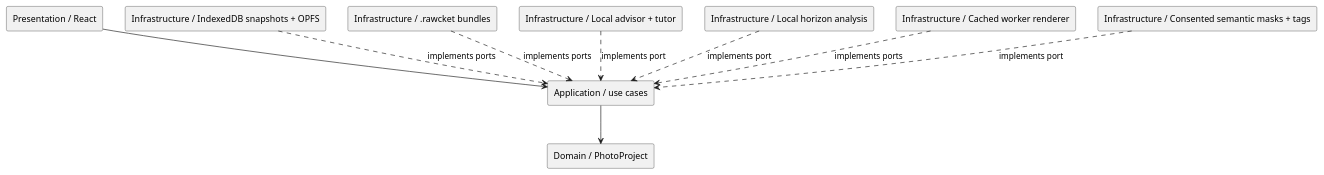
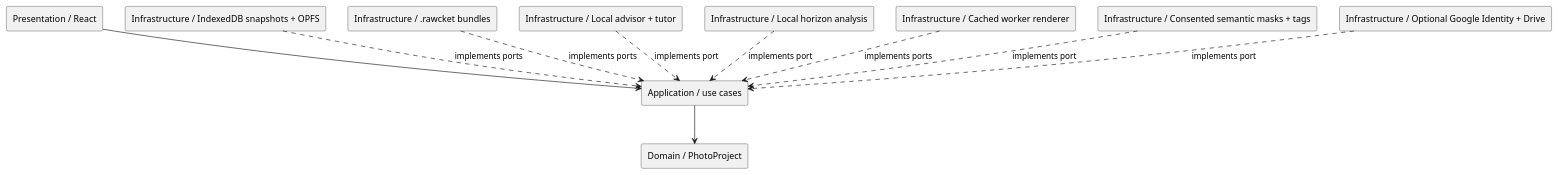
Before and after one commit to haskou/RAWcket: the diagram in docs/architecture.puml, drawn with PlantUML. The commit also changed 20 other files, not shown here.

Commit message:
feat(cloud): ✨ Add optional Google Drive backups

```diff
--- a/docs/architecture.puml
+++ b/docs/architecture.puml
@@ -1,21 +1,23 @@
 @startuml
 skinparam componentStyle rectangle
 component "Presentation / React" as Presentation
 component "Application / use cases" as Application
 component "Domain / PhotoProject" as Domain
 component "Infrastructure / IndexedDB snapshots + OPFS" as Persistence
 component "Infrastructure / .rawcket bundles" as Bundles
 component "Infrastructure / Local advisor + tutor" as Advisor
 component "Infrastructure / Local horizon analysis" as Horizon
 component "Infrastructure / Cached worker renderer" as Renderer
 component "Infrastructure / Consented semantic masks + tags" as Semantic
+component "Infrastructure / Optional Google Identity + Drive" as CloudStorage
 
 Presentation --> Application
 Application --> Domain
 Persistence ..> Application : implements ports
 Bundles ..> Application : implements ports
 Advisor ..> Application : implements port
 Horizon ..> Application : implements port
 Renderer ..> Application : implements ports
 Semantic ..> Application : implements port
+CloudStorage ..> Application : implements port
 @enduml
```
